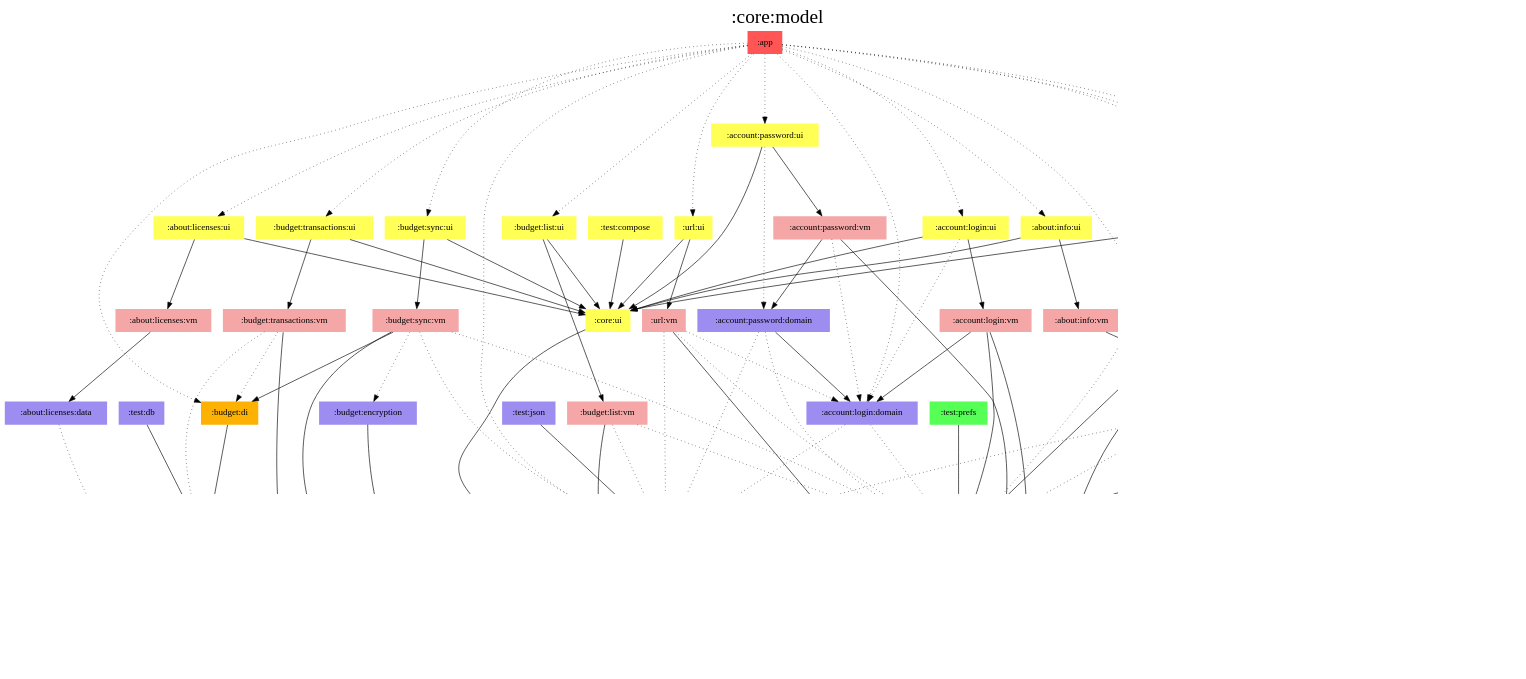
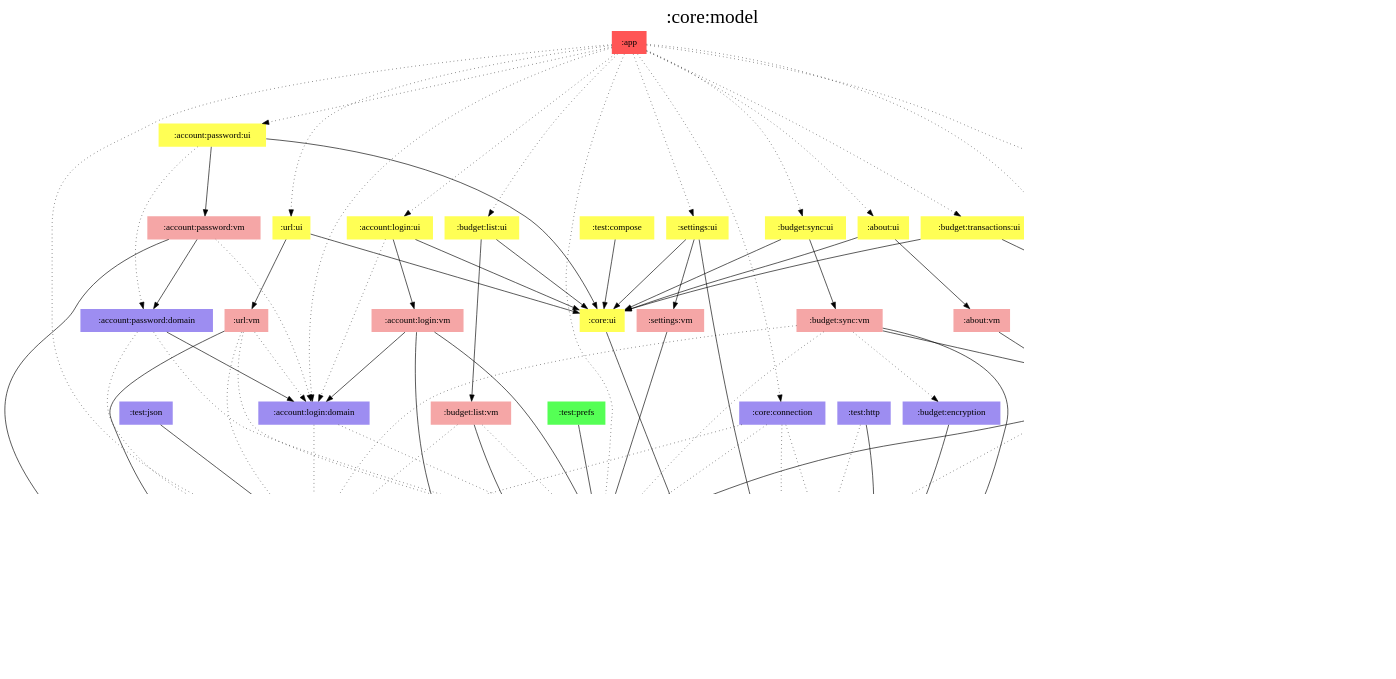
The diagram in modules/core/model/modules.dot (jonapoul/aktual), drawn with Graphviz before and after one commit. The commit also changed 153 other files, not shown here.

Commit message:
Merge licenses/info into about

```diff
--- a/modules/core/model/modules.dot
+++ b/modules/core/model/modules.dot
@@ -1,152 +1,144 @@
 digraph {
 edge ["dir"="forward"]
 graph ["dpi"="100","label"=":core:model","labelloc"="t","fontsize"="30","ranksep"="1.5","rankdir"="TB"]
 node ["style"="filled"]
-":about:info:data" ["fillcolor"="#9D8DF1","shape"="none"]
-":about:info:ui" ["fillcolor"="#FFFF55","shape"="none"]
-":about:info:vm" ["fillcolor"="#F5A6A6","shape"="none"]
-":about:licenses:data" ["fillcolor"="#9D8DF1","shape"="none"]
-":about:licenses:ui" ["fillcolor"="#FFFF55","shape"="none"]
-":about:licenses:vm" ["fillcolor"="#F5A6A6","shape"="none"]
+":about:data" ["fillcolor"="#9D8DF1","shape"="none"]
+":about:ui" ["fillcolor"="#FFFF55","shape"="none"]
+":about:vm" ["fillcolor"="#F5A6A6","shape"="none"]
 ":account:login:domain" ["fillcolor"="#9D8DF1","shape"="none"]
 ":account:login:ui" ["fillcolor"="#FFFF55","shape"="none"]
 ":account:login:vm" ["fillcolor"="#F5A6A6","shape"="none"]
 ":account:password:domain" ["fillcolor"="#9D8DF1","shape"="none"]
 ":account:password:ui" ["fillcolor"="#FFFF55","shape"="none"]
 ":account:password:vm" ["fillcolor"="#F5A6A6","shape"="none"]
 ":api:actual" ["fillcolor"="#9D8DF1","shape"="none"]
 ":api:builder" ["fillcolor"="#9D8DF1","shape"="none"]
 ":api:github" ["fillcolor"="#9D8DF1","shape"="none"]
 ":app" ["fillcolor"="#FF5555","shape"="none"]
 ":budget:db" ["fillcolor"="#9D8DF1","shape"="none"]
 ":budget:di" ["fillcolor"="#FCB103","shape"="none"]
 ":budget:encryption" ["fillcolor"="#9D8DF1","shape"="none"]
 ":budget:list:ui" ["fillcolor"="#FFFF55","shape"="none"]
 ":budget:list:vm" ["fillcolor"="#F5A6A6","shape"="none"]
 ":budget:sync:ui" ["fillcolor"="#FFFF55","shape"="none"]
 ":budget:sync:vm" ["fillcolor"="#F5A6A6","shape"="none"]
 ":budget:transactions:ui" ["fillcolor"="#FFFF55","shape"="none"]
 ":budget:transactions:vm" ["fillcolor"="#F5A6A6","shape"="none"]
 ":core:connection" ["fillcolor"="#9D8DF1","shape"="none"]
 ":core:di" ["fillcolor"="#FCB103","shape"="none"]
 ":core:model" ["fillcolor"="#9D8DF1","color"="black","penwidth"="3","shape"="box"]
 ":core:ui" ["fillcolor"="#FFFF55","shape"="none"]
 ":prefs" ["fillcolor"="#9D8DF1","shape"="none"]
 ":settings:ui" ["fillcolor"="#FFFF55","shape"="none"]
 ":settings:vm" ["fillcolor"="#F5A6A6","shape"="none"]
 ":test:compose" ["fillcolor"="#FFFF55","shape"="none"]
 ":test:db" ["fillcolor"="#9D8DF1","shape"="none"]
 ":test:http" ["fillcolor"="#9D8DF1","shape"="none"]
 ":test:json" ["fillcolor"="#9D8DF1","shape"="none"]
 ":test:prefs" ["fillcolor"="#55FF55","shape"="none"]
 ":url:ui" ["fillcolor"="#FFFF55","shape"="none"]
 ":url:vm" ["fillcolor"="#F5A6A6","shape"="none"]
 {
 edge ["dir"="none"]
 graph ["rank"="same"]
 ":core:model"
 }
-":about:info:data" -> ":api:github"
-":about:info:ui" -> ":about:info:vm"
-":about:info:ui" -> ":core:ui"
-":about:info:vm" -> ":about:info:data"
-":about:licenses:data" -> ":core:model" ["style"="dotted"]
-":about:licenses:ui" -> ":about:licenses:vm"
-":about:licenses:ui" -> ":core:ui"
-":about:licenses:vm" -> ":about:licenses:data"
+":about:data" -> ":api:github"
+":about:ui" -> ":about:vm"
+":about:ui" -> ":core:ui"
+":about:vm" -> ":about:data"
 ":account:login:domain" -> ":api:actual" ["style"="dotted"]
 ":account:login:domain" -> ":prefs" ["style"="dotted"]
 ":account:login:ui" -> ":account:login:domain" ["style"="dotted"]
 ":account:login:ui" -> ":account:login:vm"
 ":account:login:ui" -> ":core:ui"
 ":account:login:vm" -> ":account:login:domain"
 ":account:login:vm" -> ":core:model"
 ":account:login:vm" -> ":prefs"
 ":account:password:domain" -> ":account:login:domain"
 ":account:password:domain" -> ":api:actual" ["style"="dotted"]
 ":account:password:domain" -> ":prefs" ["style"="dotted"]
 ":account:password:ui" -> ":account:password:domain" ["style"="dotted"]
 ":account:password:ui" -> ":account:password:vm"
 ":account:password:ui" -> ":core:ui"
 ":account:password:vm" -> ":account:login:domain" ["style"="dotted"]
 ":account:password:vm" -> ":account:password:domain"
 ":account:password:vm" -> ":core:model"
 ":api:actual" -> ":core:model"
 ":api:builder" -> ":core:model"
 ":api:github" -> ":core:model"
-":app" -> ":about:info:ui" ["style"="dotted"]
-":app" -> ":about:licenses:ui" ["style"="dotted"]
+":app" -> ":about:ui" ["style"="dotted"]
 ":app" -> ":account:login:domain" ["style"="dotted"]
 ":app" -> ":account:login:ui" ["style"="dotted"]
 ":app" -> ":account:password:ui" ["style"="dotted"]
 ":app" -> ":api:actual" ["style"="dotted"]
 ":app" -> ":budget:di" ["style"="dotted"]
 ":app" -> ":budget:list:ui" ["style"="dotted"]
 ":app" -> ":budget:sync:ui" ["style"="dotted"]
 ":app" -> ":budget:transactions:ui" ["style"="dotted"]
 ":app" -> ":core:connection" ["style"="dotted"]
 ":app" -> ":core:di" ["style"="dotted"]
 ":app" -> ":prefs" ["style"="dotted"]
 ":app" -> ":settings:ui" ["style"="dotted"]
 ":app" -> ":url:ui" ["style"="dotted"]
 ":budget:db" -> ":core:model"
 ":budget:di" -> ":budget:db"
 ":budget:encryption" -> ":core:model"
 ":budget:list:ui" -> ":budget:list:vm"
 ":budget:list:ui" -> ":core:ui"
 ":budget:list:vm" -> ":api:actual" ["style"="dotted"]
 ":budget:list:vm" -> ":core:model"
 ":budget:list:vm" -> ":prefs" ["style"="dotted"]
 ":budget:sync:ui" -> ":budget:sync:vm"
 ":budget:sync:ui" -> ":core:ui"
 ":budget:sync:vm" -> ":api:actual" ["style"="dotted"]
 ":budget:sync:vm" -> ":budget:di"
 ":budget:sync:vm" -> ":budget:encryption" ["style"="dotted"]
 ":budget:sync:vm" -> ":core:model"
 ":budget:sync:vm" -> ":prefs" ["style"="dotted"]
 ":budget:transactions:ui" -> ":budget:transactions:vm"
 ":budget:transactions:ui" -> ":core:ui"
 ":budget:transactions:vm" -> ":budget:db" ["style"="dotted"]
 ":budget:transactions:vm" -> ":budget:di" ["style"="dotted"]
 ":budget:transactions:vm" -> ":core:model"
 ":core:connection" -> ":api:actual" ["style"="dotted"]
 ":core:connection" -> ":api:builder" ["style"="dotted"]
 ":core:connection" -> ":core:model" ["style"="dotted"]
 ":core:connection" -> ":prefs" ["style"="dotted"]
 ":core:di" -> ":api:builder" ["style"="dotted"]
 ":core:di" -> ":api:github"
 ":core:di" -> ":core:model"
 ":core:di" -> ":prefs"
 ":core:ui" -> ":core:model"
 ":prefs" -> ":core:model"
 ":settings:ui" -> ":core:model"
 ":settings:ui" -> ":core:ui"
 ":settings:ui" -> ":settings:vm"
 ":settings:vm" -> ":prefs"
 ":test:compose" -> ":core:ui"
 ":test:db" -> ":budget:db"
 ":test:http" -> ":api:builder" ["style"="dotted"]
 ":test:http" -> ":core:model"
 ":test:json" -> ":api:actual"
 ":test:prefs" -> ":prefs"
 ":url:ui" -> ":core:ui"
 ":url:ui" -> ":url:vm"
 ":url:vm" -> ":account:login:domain" ["style"="dotted"]
 ":url:vm" -> ":api:actual" ["style"="dotted"]
 ":url:vm" -> ":core:model"
 ":url:vm" -> ":prefs" ["style"="dotted"]
 subgraph "cluster_legend" {
 edge ["dir"="none"]
 graph ["label"="Legend","fontsize"="20"]
 "Legend" ["style"="filled","fillcolor"="#FFFFFF","shape"="none","margin"="0","fontsize"="15","label"=<
 <TABLE BORDER="0" CELLBORDER="0" CELLSPACING="0" CELLPADDING="4">
 <TR><TD>App</TD><TD BGCOLOR="#FF5555">module-name</TD></TR>
 <TR><TD>ViewModel</TD><TD BGCOLOR="#F5A6A6">module-name</TD></TR>
 <TR><TD>Hilt</TD><TD BGCOLOR="#FCB103">module-name</TD></TR>
 <TR><TD>Compose</TD><TD BGCOLOR="#FFFF55">module-name</TD></TR>
 <TR><TD>Android</TD><TD BGCOLOR="#55FF55">module-name</TD></TR>
 <TR><TD>Multiplatform</TD><TD BGCOLOR="#9D8DF1">module-name</TD></TR>
 </TABLE>
 >]
 } -> ":core:model" ["style"="invis"]
 }
```
